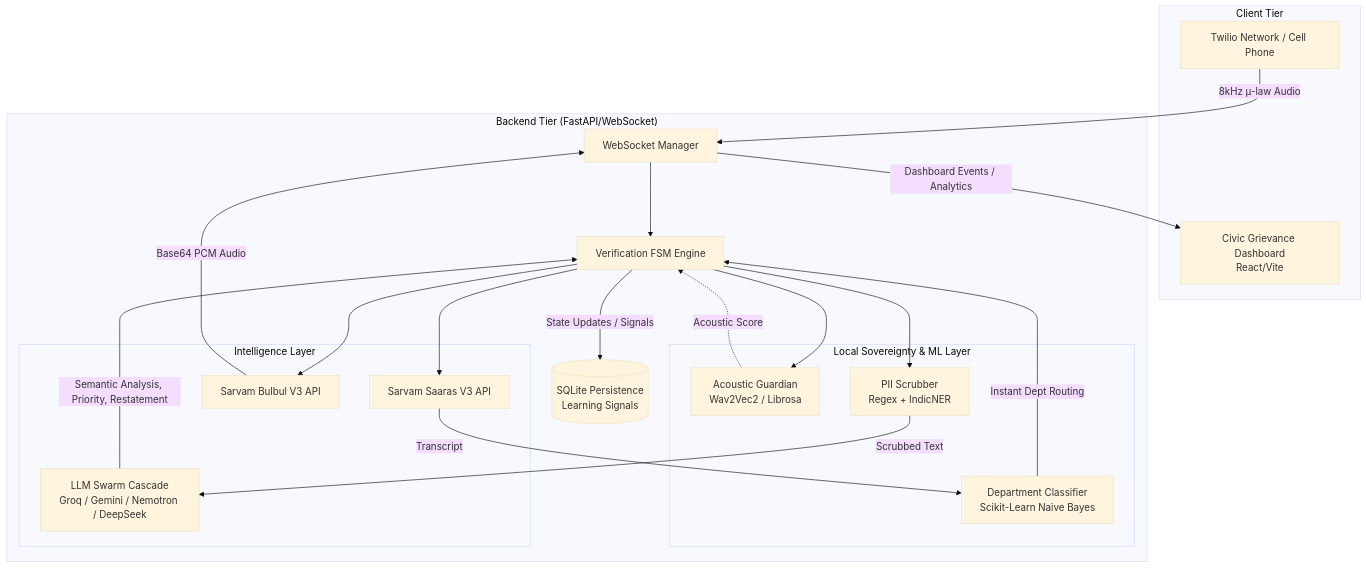
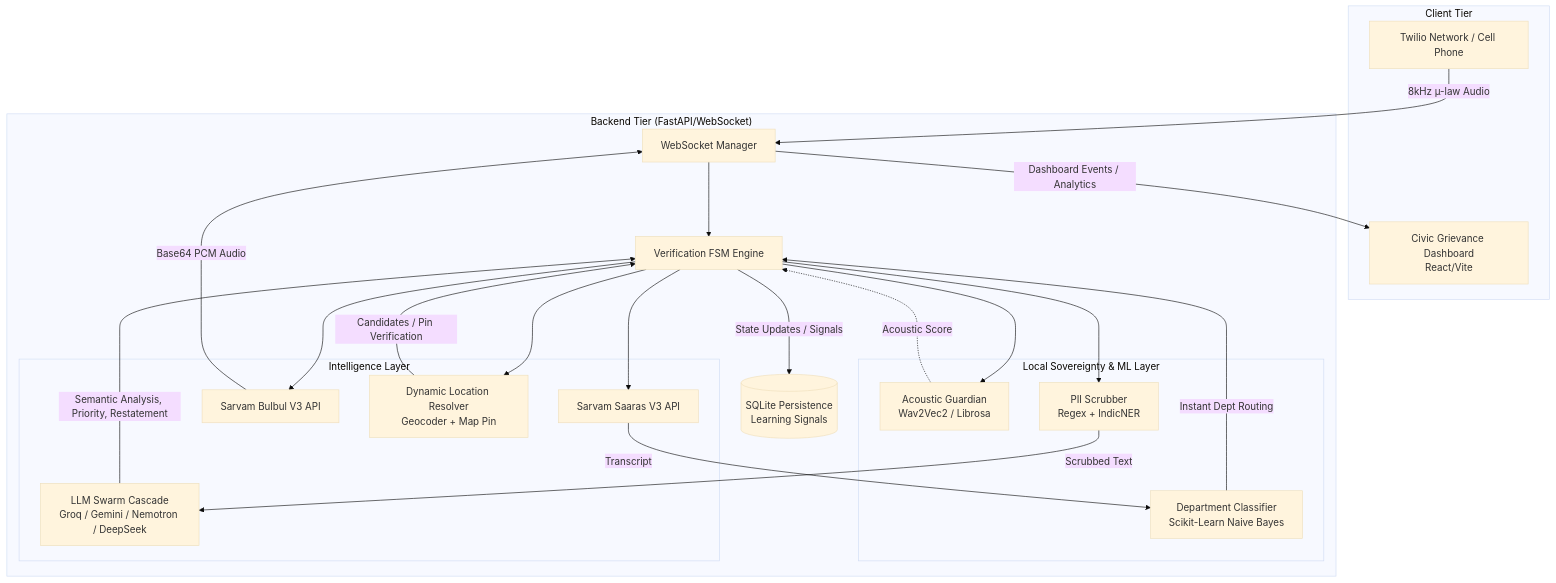
Before and after one commit to amaansyed27/samvaad-1092: the diagram in docs/architecture.md, drawn with Mermaid (base theme). The commit also changed other lines of this file and 8 other files, not shown here.

Commit message:
feat(location): use dynamic geocoder provider

````diff
--- a/docs/architecture.md
+++ b/docs/architecture.md
@@ -7,47 +7,50 @@
 ```mermaid
 graph TB
     subgraph "Client Tier"
         UI[Civic Grievance Dashboard<br>React/Vite]
         TELE[Twilio Network / Cell Phone]
     end
 
     subgraph "Backend Tier (FastAPI/WebSocket)"
         WS[WebSocket Manager]
         FSM[Verification FSM Engine]
         
         subgraph "Local Sovereignty & ML Layer"
             AG[Acoustic Guardian<br>Wav2Vec2 / Librosa]
             ML[Department Classifier<br>Scikit-Learn Naive Bayes]
             PII[PII Scrubber<br>Regex + IndicNER]
         end
         
         subgraph "Intelligence Layer"
             STT[Sarvam Saaras V3 API]
             LLM[LLM Swarm Cascade<br>Groq / Gemini / Nemotron / DeepSeek]
             TTS[Sarvam Bulbul V3 API]
+            GEO[Dynamic Location Resolver<br>Geocoder + Map Pin]
         end
         
         DB[(SQLite Persistence<br>Learning Signals)]
     end
 
     TELE -- 8kHz µ-law Audio --> WS
     WS --> FSM
     
     FSM --> AG
     AG -.->|Acoustic Score| FSM
     
     FSM --> STT
     STT -- Transcript --> ML
     ML -- Instant Dept Routing --> FSM
+    FSM --> GEO
+    GEO -- Candidates / Pin Verification --> FSM
     
     FSM --> PII
     PII -- Scrubbed Text --> LLM
     
     LLM -- Semantic Analysis, Priority, Restatement --> FSM
     
     FSM --> TTS
     TTS -- Base64 PCM Audio --> WS
     
     FSM -- State Updates / Signals --> DB
     WS -- Dashboard Events / Analytics --> UI
 ```
````
